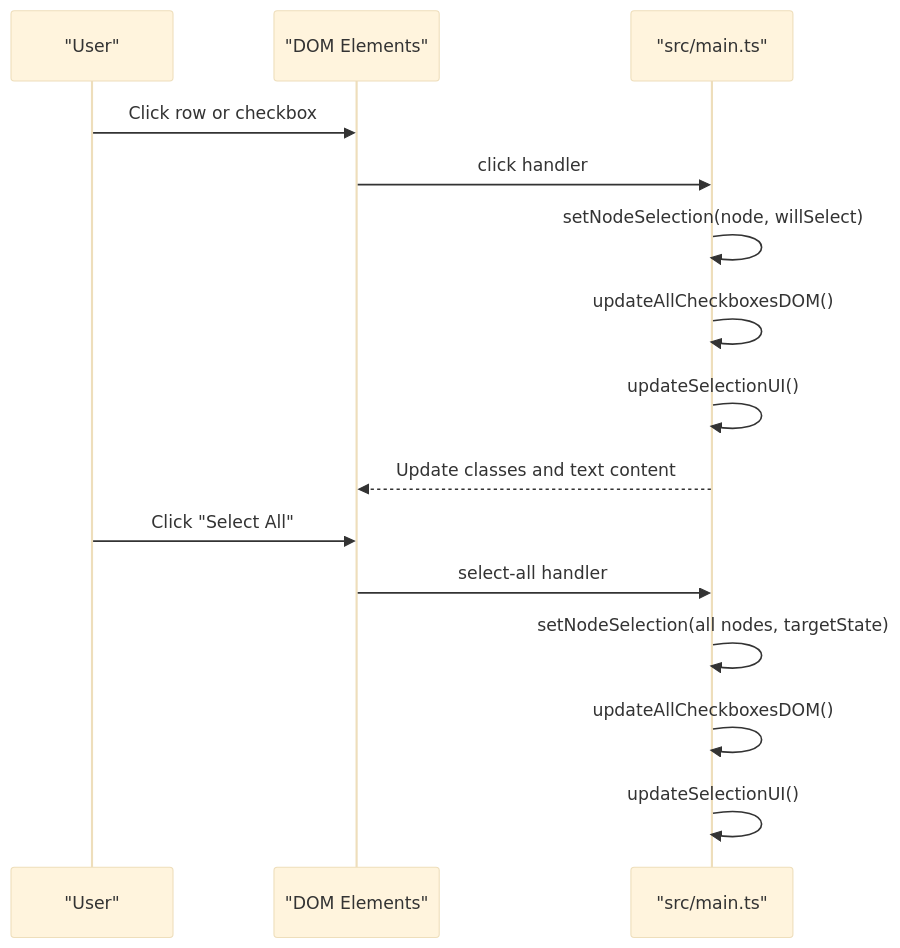
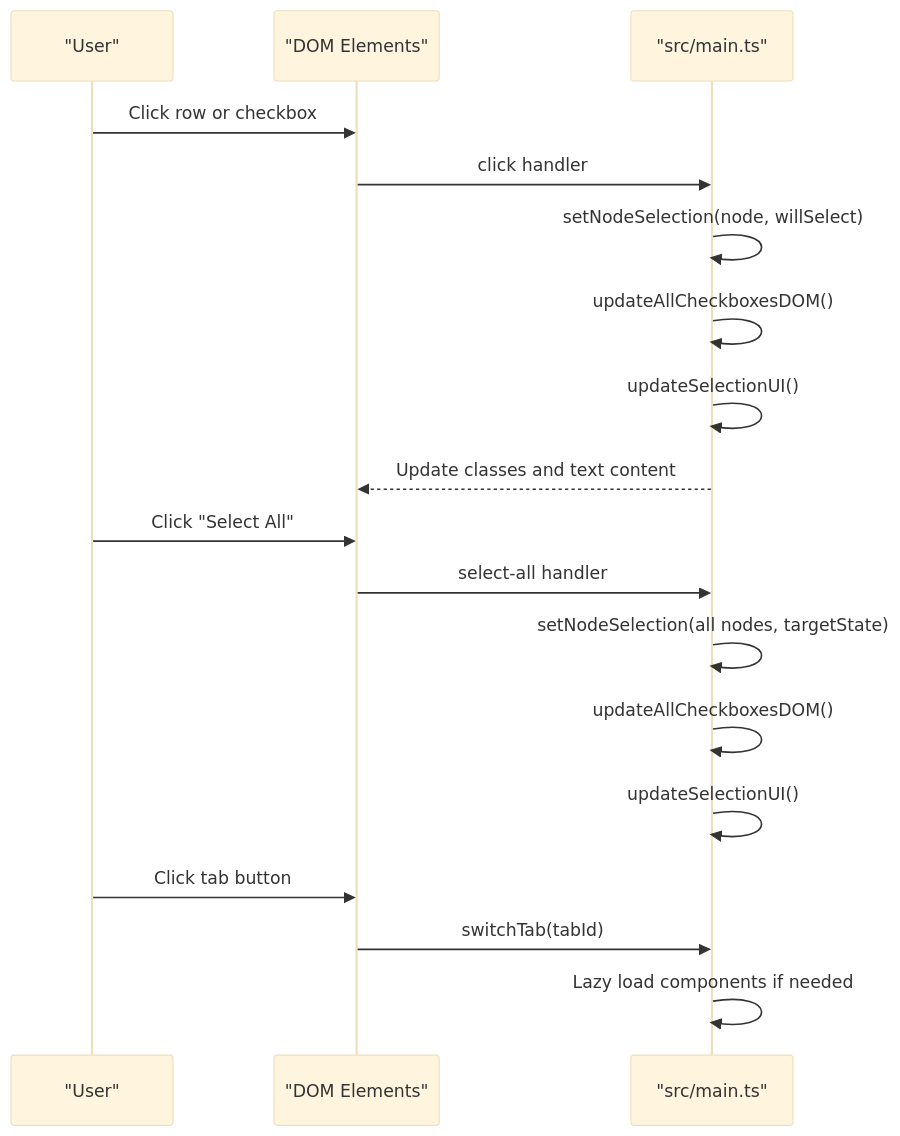
The tenth of 12 diagrams in .qoder/repowiki/en/content/Technical Implementation Details/Frontend Architecture (TypeScript)/Frontend Architecture (TypeScript).md (mrtruongleo/FreeSpaceMacos), drawn with Mermaid (base theme) before and after one commit. The commit also changed other lines of this file and 31 other files, not shown here.

````diff
--- a/.qoder/repowiki/en/content/Technical Implementation Details/Frontend Architecture (TypeScript)/Frontend Architecture (TypeScript).md
+++ b/.qoder/repowiki/en/content/Technical Implementation Details/Frontend Architecture (TypeScript)/Frontend Architecture (TypeScript).md
@@ -296,17 +424,20 @@
 ```mermaid
 sequenceDiagram
 participant User as "User"
 participant DOM as "DOM Elements"
 participant App as "src/main.ts"
 User->>DOM : Click row or checkbox
 DOM->>App : click handler
 App->>App : setNodeSelection(node, willSelect)
 App->>App : updateAllCheckboxesDOM()
 App->>App : updateSelectionUI()
 App-->>DOM : Update classes and text content
 User->>DOM : Click "Select All"
 DOM->>App : select-all handler
 App->>App : setNodeSelection(all nodes, targetState)
 App->>App : updateAllCheckboxesDOM()
 App->>App : updateSelectionUI()
+User->>DOM : Click tab button
+DOM->>App : switchTab(tabId)
+App->>App : Lazy load components if needed
 ```
````
